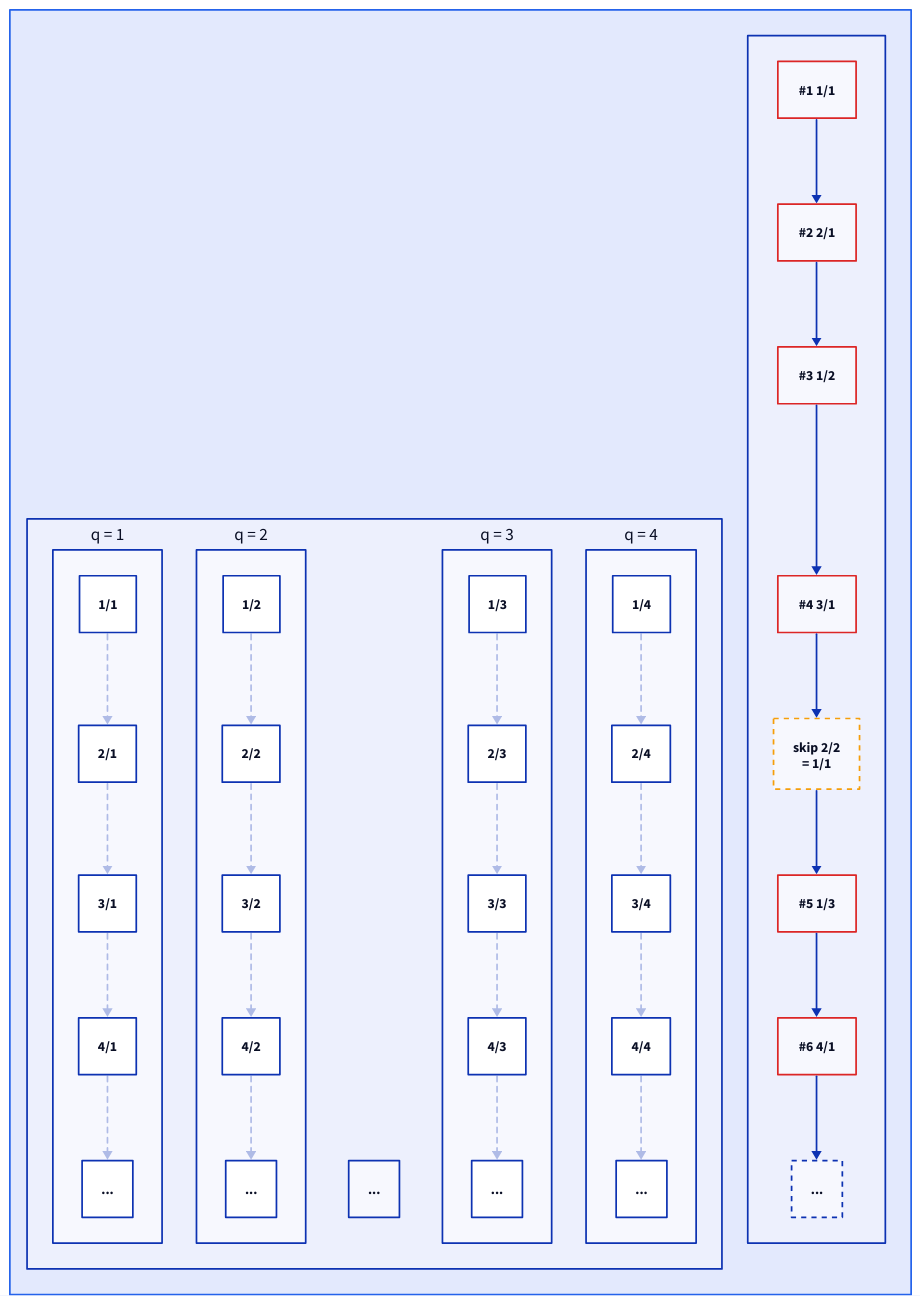
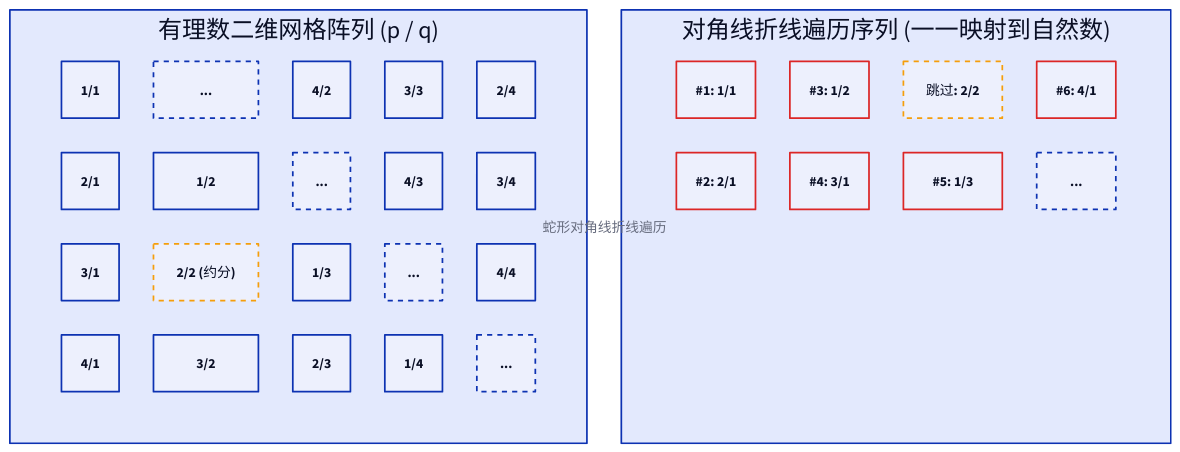
Before and after one commit to 111qqz/111qqz.github.io: the diagram in images/countable-uncountable-infinity/rational-diagonal.d2, drawn with D2. The commit also changed 664 other files, not shown here.

Commit message:
fix: 修复近一月博文AI味、修正分类并重构超高D2图表 111qqz/hugo-blog@6bf4f5b307e531cbd004f0fceee9afe3fb040510

```diff
--- a/images/countable-uncountable-infinity/rational-diagonal.d2
+++ b/images/countable-uncountable-infinity/rational-diagonal.d2
@@ -1,76 +1,45 @@
-direction: down
+grid-columns: 2
 
-title: "Diagonal Traversal of Rationals" {
+grid_box: "有理数二维网格阵列 (p / q)" {
+  grid-columns: 5
+  n11: "1/1"
+  n21: "2/1"
+  n31: "3/1"
+  n41: "4/1"
+  dots1: "..." {style.stroke-dash: 3}
+
+  n12: "1/2"
+  n22: "2/2 (约分)" {style.stroke: "#f59e0b"; style.stroke-dash: 3}
+  n32: "3/2"
+  n42: "4/2"
+  dots2: "..." {style.stroke-dash: 3}
+
+  n13: "1/3"
+  n23: "2/3"
+  n33: "3/3"
+  n43: "4/3"
+  dots3: "..." {style.stroke-dash: 3}
+
+  n14: "1/4"
+  n24: "2/4"
+  n34: "3/4"
+  n44: "4/4"
+  dots4: "..." {style.stroke-dash: 3}
+}
+
+path_box: "对角线折线遍历序列 (一一映射到自然数)" {
+  grid-columns: 4
+  p1: "#1: 1/1" {style.stroke: "#dc2626"; style.bold: true}
+  p2: "#2: 2/1" {style.stroke: "#dc2626"}
+  p3: "#3: 1/2" {style.stroke: "#dc2626"}
+  p4: "#4: 3/1" {style.stroke: "#dc2626"}
+  p5: "跳过: 2/2" {style.stroke: "#f59e0b"; style.stroke-dash: 3}
+  p6: "#5: 1/3" {style.stroke: "#dc2626"}
+  p7: "#6: 4/1" {style.stroke: "#dc2626"}
+  p8: "..." {style.stroke-dash: 3}
+}
+
+grid_box -> path_box: "蛇形对角线折线遍历" {
   style.stroke: "#2563eb"
-  style.stroke-width: 2
   style.bold: true
-  label: ""
-
-  direction: right
-
-  grid: {
-    label: ""
-    direction: down
-
-    r1: {
-      label: "q = 1"
-      direction: right
-      a: "1/1"
-      b: "2/1"
-      c: "3/1"
-      d: "4/1"
-      e: "..."
-      a -> b -> c -> d -> e: {style.stroke-dash: 3; style.opacity: 0.3}
-    }
-    r2: {
-      label: "q = 2"
-      direction: right
-      a: "1/2"
-      b: "2/2"
-      c: "3/2"
-      d: "4/2"
-      e: "..."
-      a -> b -> c -> d -> e: {style.stroke-dash: 3; style.opacity: 0.3}
-    }
-    r3: {
-      label: "q = 3"
-      direction: right
-      a: "1/3"
-      b: "2/3"
-      c: "3/3"
-      d: "4/3"
-      e: "..."
-      a -> b -> c -> d -> e: {style.stroke-dash: 3; style.opacity: 0.3}
-    }
-    r4: {
-      label: "q = 4"
-      direction: right
-      a: "1/4"
-      b: "2/4"
-      c: "3/4"
-      d: "4/4"
-      e: "..."
-      a -> b -> c -> d -> e: {style.stroke-dash: 3; style.opacity: 0.3}
-    }
-    r5: {
-      label: "..."
-      direction: right
-    }
-  }
-
-  path: {
-    label: ""
-    direction: right
-
-    p1: "#1  1/1" {style.stroke: "#dc2626"; style.stroke-width: 2; style.bold: true}
-    p2: "#2  2/1" {style.stroke: "#dc2626"; style.stroke-width: 2}
-    p3: "#3  1/2" {style.stroke: "#dc2626"; style.stroke-width: 2}
-    p4: "#4  3/1" {style.stroke: "#dc2626"; style.stroke-width: 2}
-    p5: "skip 2/2\n= 1/1" {style.stroke: "#f59e0b"; style.stroke-width: 2; style.stroke-dash: 3}
-    p6: "#5  1/3" {style.stroke: "#dc2626"; style.stroke-width: 2}
-    p7: "#6  4/1" {style.stroke: "#dc2626"; style.stroke-width: 2}
-    p8: "..." {style.stroke-dash: 3}
-
-    p1 -> p2 -> p3 -> p4 -> p5 -> p6 -> p7 -> p8
-  }
 }
```
